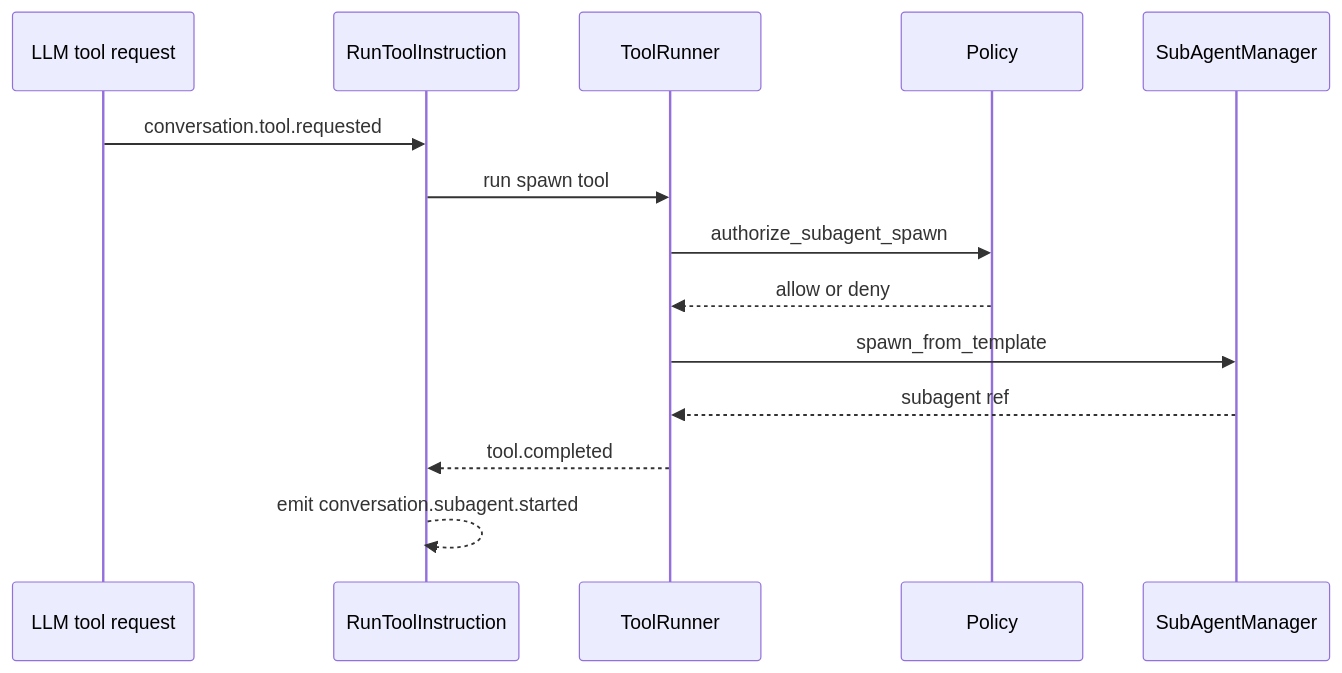
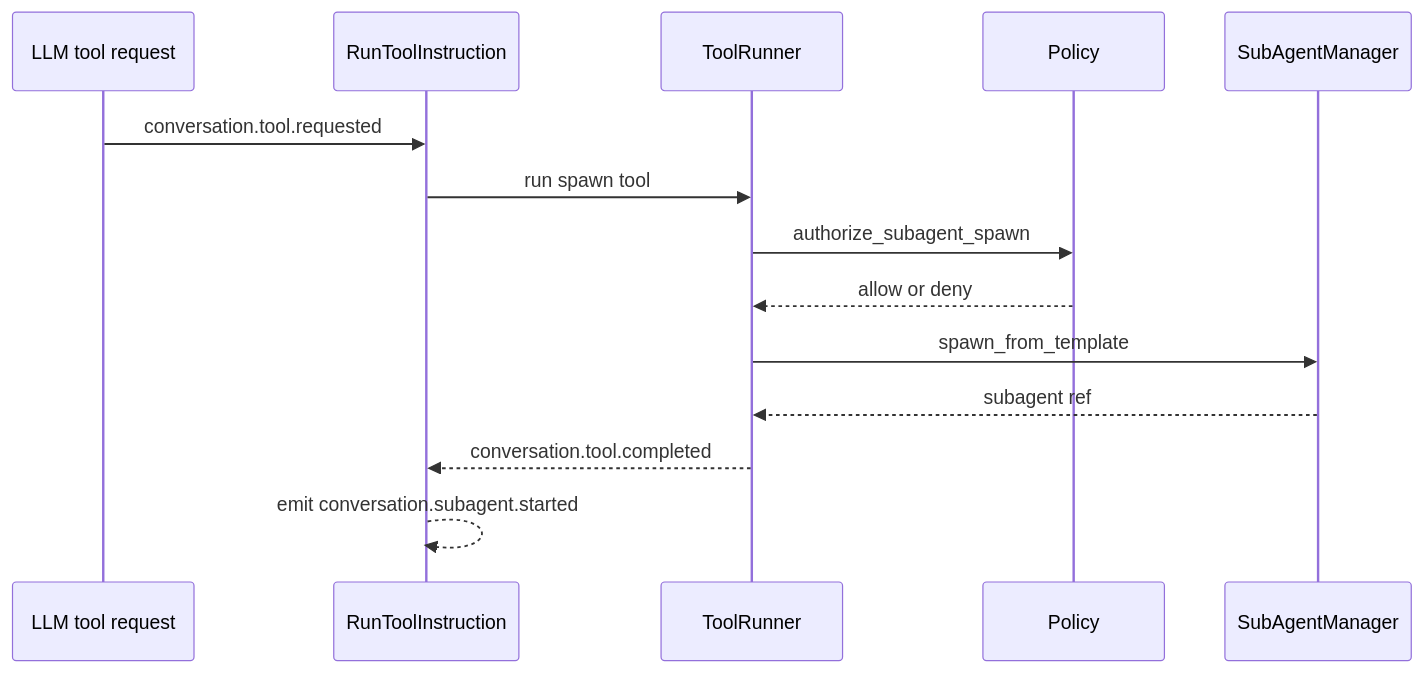
The diagram in docs/developer/07-subagent-runtime.md (pcharbon70/jido_code_server), drawn with Mermaid before and after one commit. The commit also changed 8 other files, not shown here.

````diff
--- a/docs/developer/07-subagent-runtime.md
+++ b/docs/developer/07-subagent-runtime.md
@@ -28,17 +28,17 @@
 ```mermaid
 sequenceDiagram
     participant LLM as LLM tool request
     participant RT as RunToolInstruction
     participant TR as ToolRunner
     participant P as Policy
     participant SAM as SubAgentManager
 
     LLM->>RT: conversation.tool.requested
     RT->>TR: run spawn tool
     TR->>P: authorize_subagent_spawn
     P-->>TR: allow or deny
     TR->>SAM: spawn_from_template
     SAM-->>TR: subagent ref
-    TR-->>RT: tool.completed
+    TR-->>RT: conversation.tool.completed
     RT-->>RT: emit conversation.subagent.started
 ```
````
